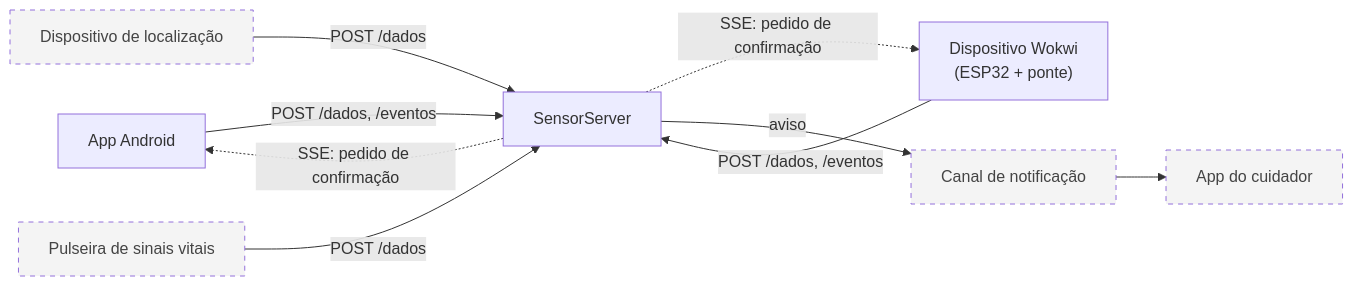
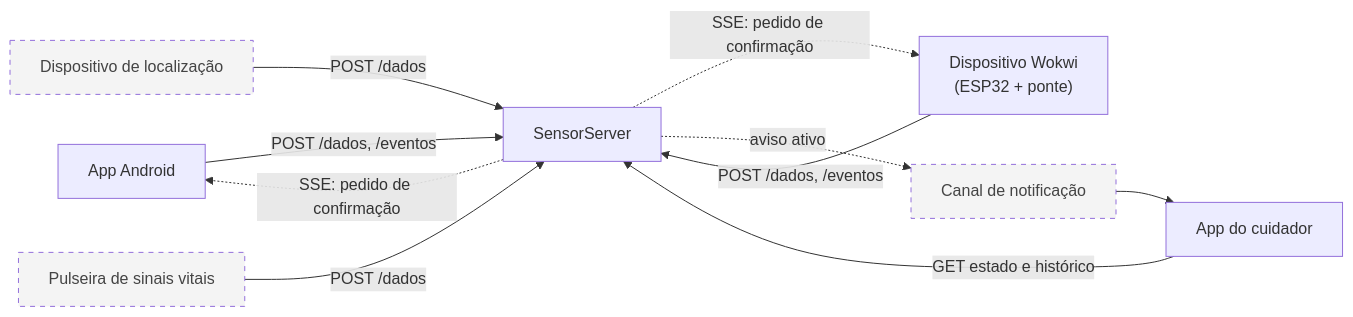
One commit to UFG-INF-SSU-2026/Flow changed the second of 5 diagrams in docs/arquitetura.md. Above: the diagram before and after it, drawn with Mermaid. The commit also changed other lines of this file and 11 other files, not shown here.

````diff
--- a/docs/arquitetura.md
+++ b/docs/arquitetura.md
@@ -149,15 +149,16 @@
 ```mermaid
 flowchart LR
     APP["App Android"] -->|"POST /dados, /eventos"| SRV["SensorServer"]
     BR["Dispositivo Wokwi<br/>(ESP32 + ponte)"] -->|"POST /dados, /eventos"| SRV
     SRV -.->|"SSE: pedido de confirmação"| APP
     SRV -.->|"SSE: pedido de confirmação"| BR
 
     LOC["Dispositivo de localização"] -->|"POST /dados"| SRV
     VIT["Pulseira de sinais vitais"] -->|"POST /dados"| SRV
-    SRV -->|"aviso"| NOT["Canal de notificação"]
-    NOT --> CUID["App do cuidador"]
+    CUID["App do cuidador"] -->|"GET estado e histórico"| SRV
+    SRV -.->|"aviso ativo"| NOT["Canal de notificação"]
+    NOT --> CUID
 
     classDef abstrato stroke-dasharray: 5 5,fill:#f4f4f4,color:#444
-    class LOC,VIT,NOT,CUID abstrato
+    class LOC,VIT,NOT abstrato
 ```
````
